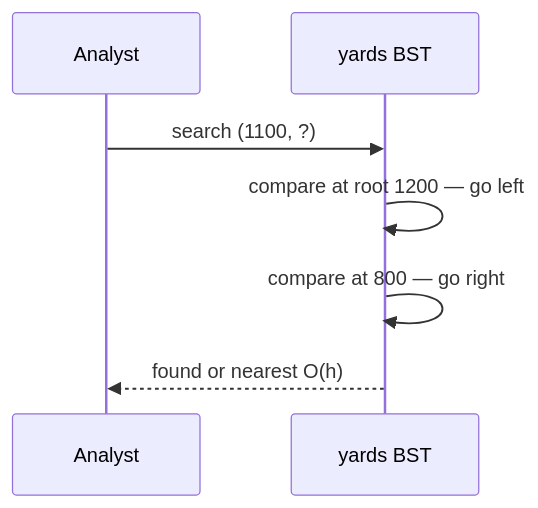
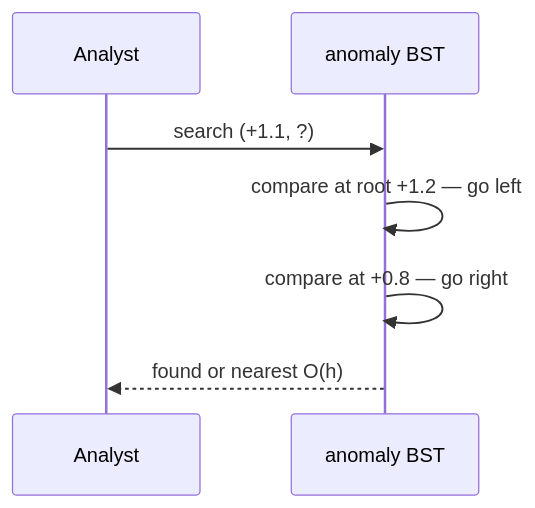
Before and after one commit to qgjones9/python-programming-guide: the second of 7 diagrams in docs/dsa/data-structures/binary-search-tree/index.md, drawn with Mermaid. The commit also changed other lines of this file and 29 other files, not shown here.

````diff
--- a/docs/dsa/data-structures/binary-search-tree/index.md
+++ b/docs/dsa/data-structures/binary-search-tree/index.md
@@ -64,9 +64,9 @@
 ```mermaid
 sequenceDiagram
   participant Analyst
-  participant BST as yards BST
-  Analyst->>BST: search (1100, ?)
-  BST->>BST: compare at root 1200 — go left
-  BST->>BST: compare at 800 — go right
+  participant BST as anomaly BST
+  Analyst->>BST: search (+1.1, ?)
+  BST->>BST: compare at root +1.2 — go left
+  BST->>BST: compare at +0.8 — go right
   BST-->>Analyst: found or nearest O(h)
 ```
````
